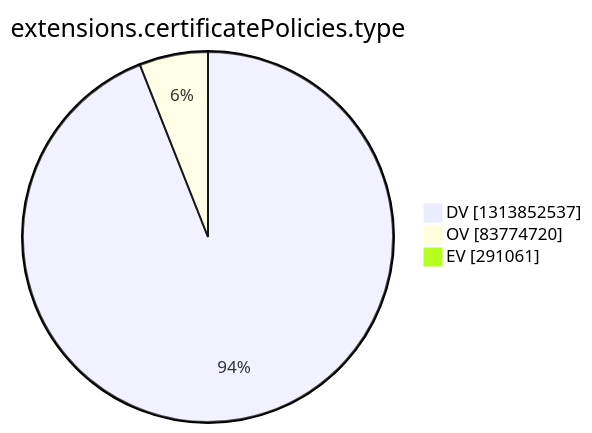
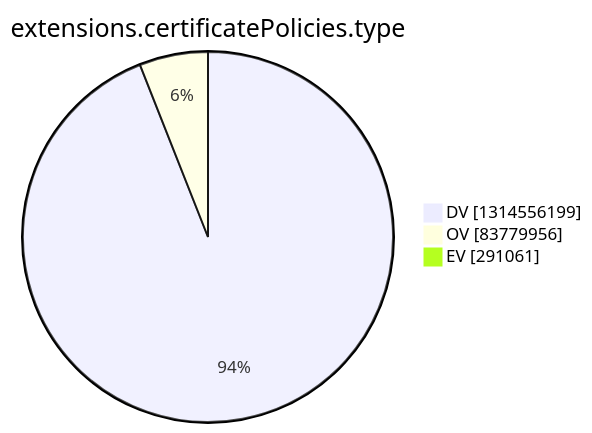
One commit to christiankrug/ctmonitor_visualization changed the tenth of 15 diagrams in argon2022/README.md. Above: the diagram before and after it, drawn with Mermaid. The commit also changed other lines of this file, not shown here.

````diff
--- a/argon2022/README.md
+++ b/argon2022/README.md
@@ -2772,7 +2772,7 @@
 ```mermaid
 pie showData
 title extensions.certificatePolicies.type
-"DV" :1313852537
-"OV" :83774720
+"DV" :1314556199
+"OV" :83779956
 "EV" :291061
 ```
````
